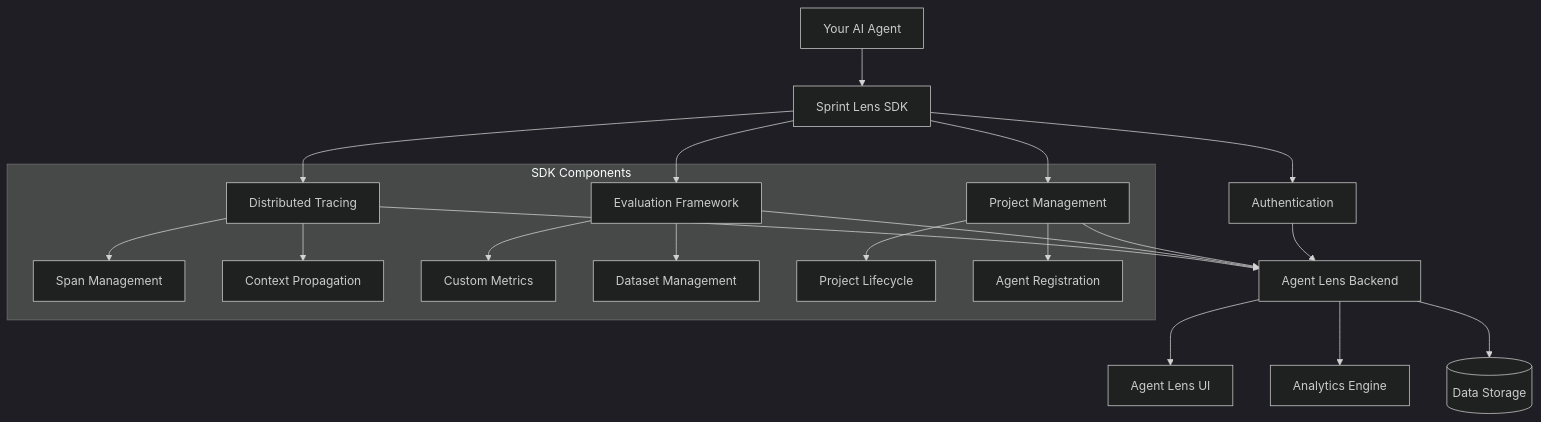
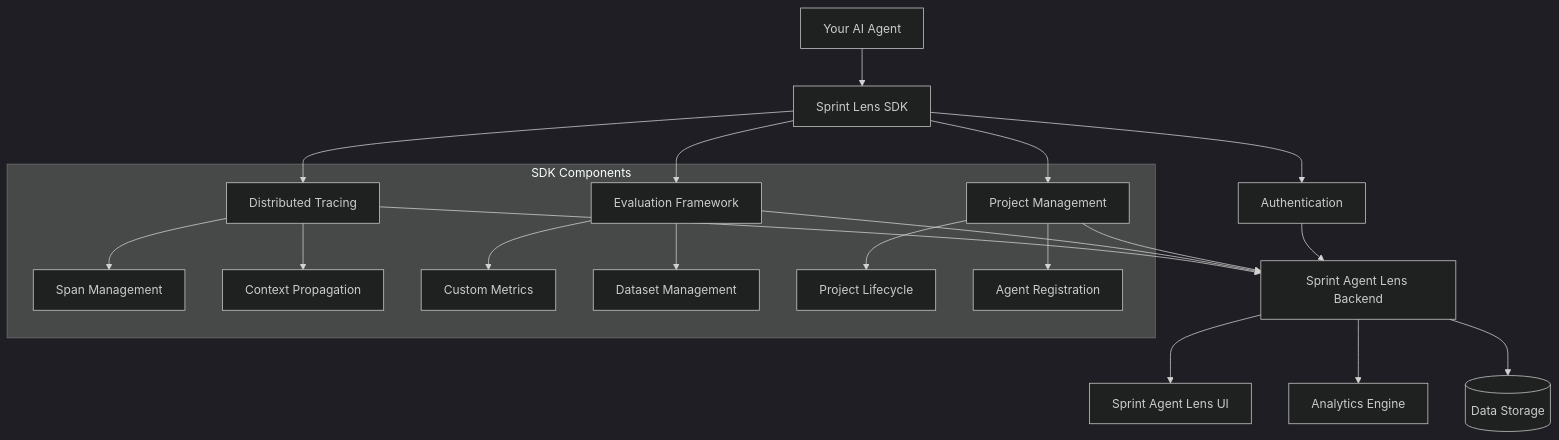
One commit to Mikehem/AgentVerse changed the diagram in Guides/developer/02-sdk-installation.md. Above: the diagram before and after it, drawn with Mermaid (dark theme). The commit also changed other lines of this file and 88 other files, not shown here.

````diff
--- a/Guides/developer/02-sdk-installation.md
+++ b/Guides/developer/02-sdk-installation.md
@@ -21,26 +21,26 @@
 ```mermaid
 graph TB
     App[Your AI Agent] --> SDK[Sprint Lens SDK]
     SDK --> Auth[Authentication]
     SDK --> Tracing[Distributed Tracing]
     SDK --> Eval[Evaluation Framework]
     SDK --> Mgmt[Project Management]
     
-    Auth --> Backend[Agent Lens Backend]
+    Auth --> Backend[Sprint Agent Lens Backend]
     Tracing --> Backend
     Eval --> Backend
     Mgmt --> Backend
     
-    Backend --> Dashboard[Agent Lens UI]
+    Backend --> Dashboard[Sprint Agent Lens UI]
     Backend --> Analytics[Analytics Engine]
     Backend --> Storage[(Data Storage)]
     
     subgraph "SDK Components"
         Tracing --> Spans[Span Management]
         Tracing --> Context[Context Propagation]
         Eval --> Metrics[Custom Metrics]
         Eval --> Datasets[Dataset Management]
         Mgmt --> Projects[Project Lifecycle]
         Mgmt --> Agents[Agent Registration]
     end
 ```
````
